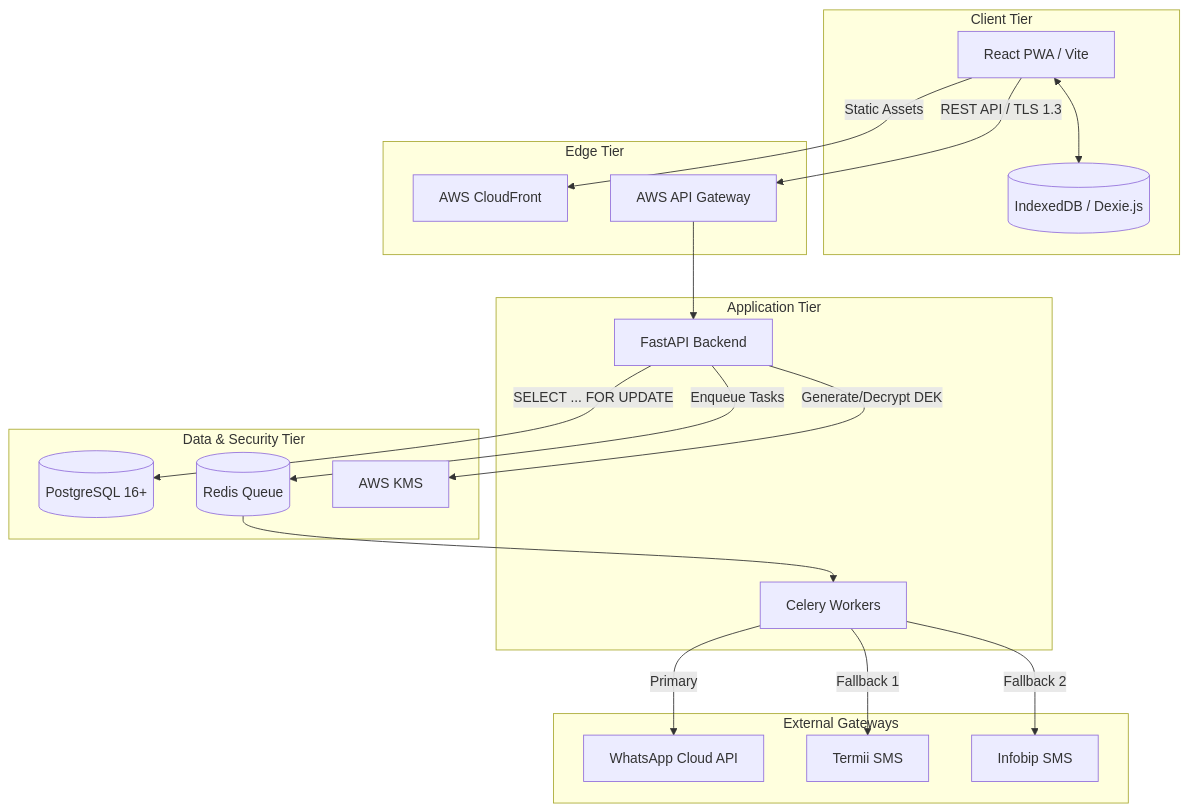
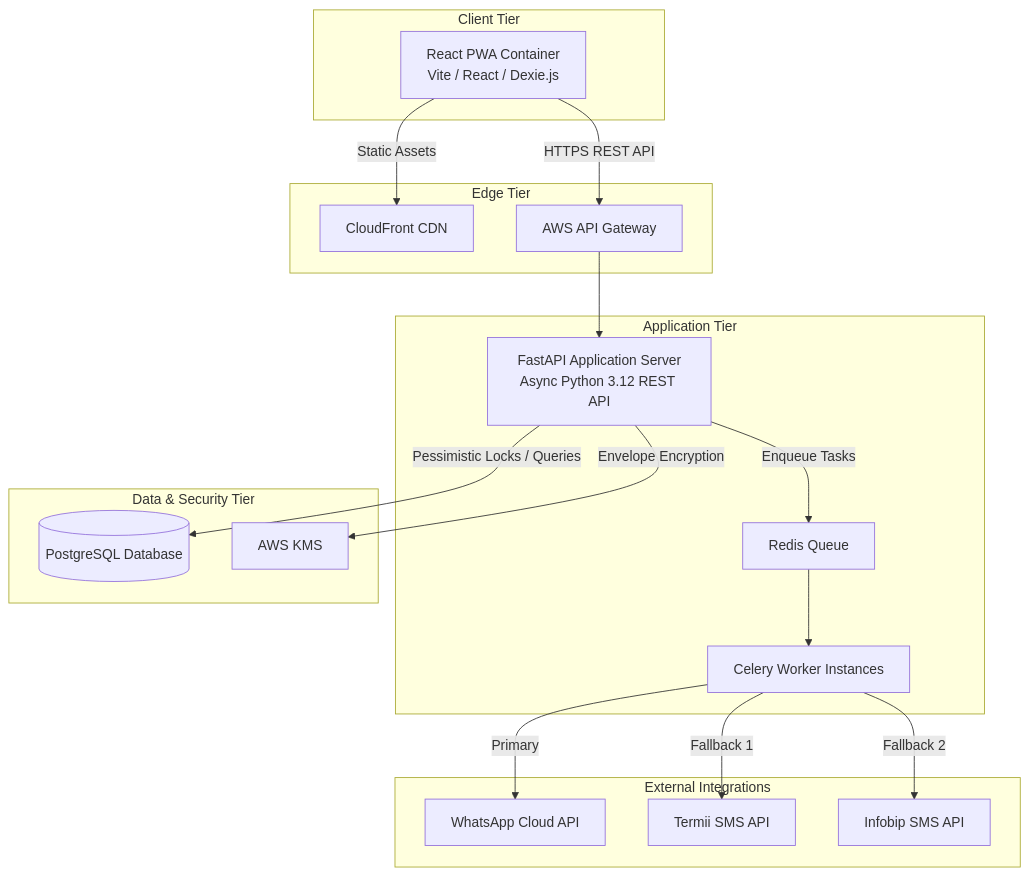
One commit to eecheonwu/cmp changed the first of 3 diagrams in implementation-plan.md. Above: the diagram before and after it, drawn with Mermaid. The commit also changed other lines of this file and 3 other files, not shown here.

````diff
--- a/implementation-plan.md
+++ b/implementation-plan.md
@@ -24,43 +24,41 @@
 ```mermaid
-graph TD
+graph TB
     subgraph Client Tier
-        PWA[React PWA / Vite]
-        Cache[(IndexedDB / Dexie.js)]
-        PWA <--> Cache
+        PWA[React PWA Container<br/>Vite / React / Dexie.js]
     end
 
     subgraph Edge Tier
-        CDN[AWS CloudFront]
+        CDN[CloudFront CDN]
         Gateway[AWS API Gateway]
     end
 
     subgraph Application Tier
-        FastAPI[FastAPI Backend]
-        Workers[Celery Workers]
+        FastAPI[FastAPI Application Server<br/>Async Python 3.12 REST API]
+        Workers[Celery Worker Instances]
+        Redis[Redis Queue]
     end
 
     subgraph Data & Security Tier
-        DB[(PostgreSQL 16+)]
-        Redis[(Redis Queue)]
+        PostgreSQL[(PostgreSQL Database)]
         KMS[AWS KMS]
     end
 
-    subgraph External Gateways
-        WA[WhatsApp Cloud API]
-        Termii[Termii SMS]
-        Infobip[Infobip SMS]
+    subgraph External Integrations
+        WhatsAppAPI[WhatsApp Cloud API]
+        TermiiAPI[Termii SMS API]
+        InfobipAPI[Infobip SMS API]
     end
 
     PWA -->|Static Assets| CDN
-    PWA -->|REST API / TLS 1.3| Gateway
+    PWA -->|HTTPS REST API| Gateway
     Gateway --> FastAPI
 
-    FastAPI -->|SELECT ... FOR UPDATE| DB
-    FastAPI -->|Generate/Decrypt DEK| KMS
+    FastAPI -->|Pessimistic Locks / Queries| PostgreSQL
+    FastAPI -->|Envelope Encryption| KMS
     FastAPI -->|Enqueue Tasks| Redis
+    Redis --> Workers
 
-    Redis --> Workers
-    Workers -->|Primary| WA
-    Workers -->|Fallback 1| Termii
-    Workers -->|Fallback 2| Infobip
+    Workers -->|Primary| WhatsAppAPI
+    Workers -->|Fallback 1| TermiiAPI
+    Workers -->|Fallback 2| InfobipAPI
 ```
````
